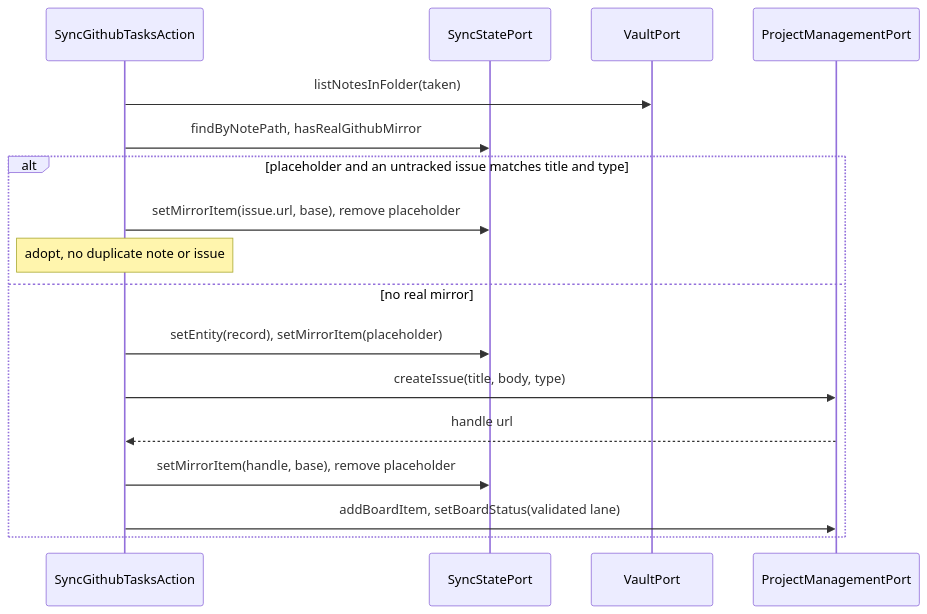
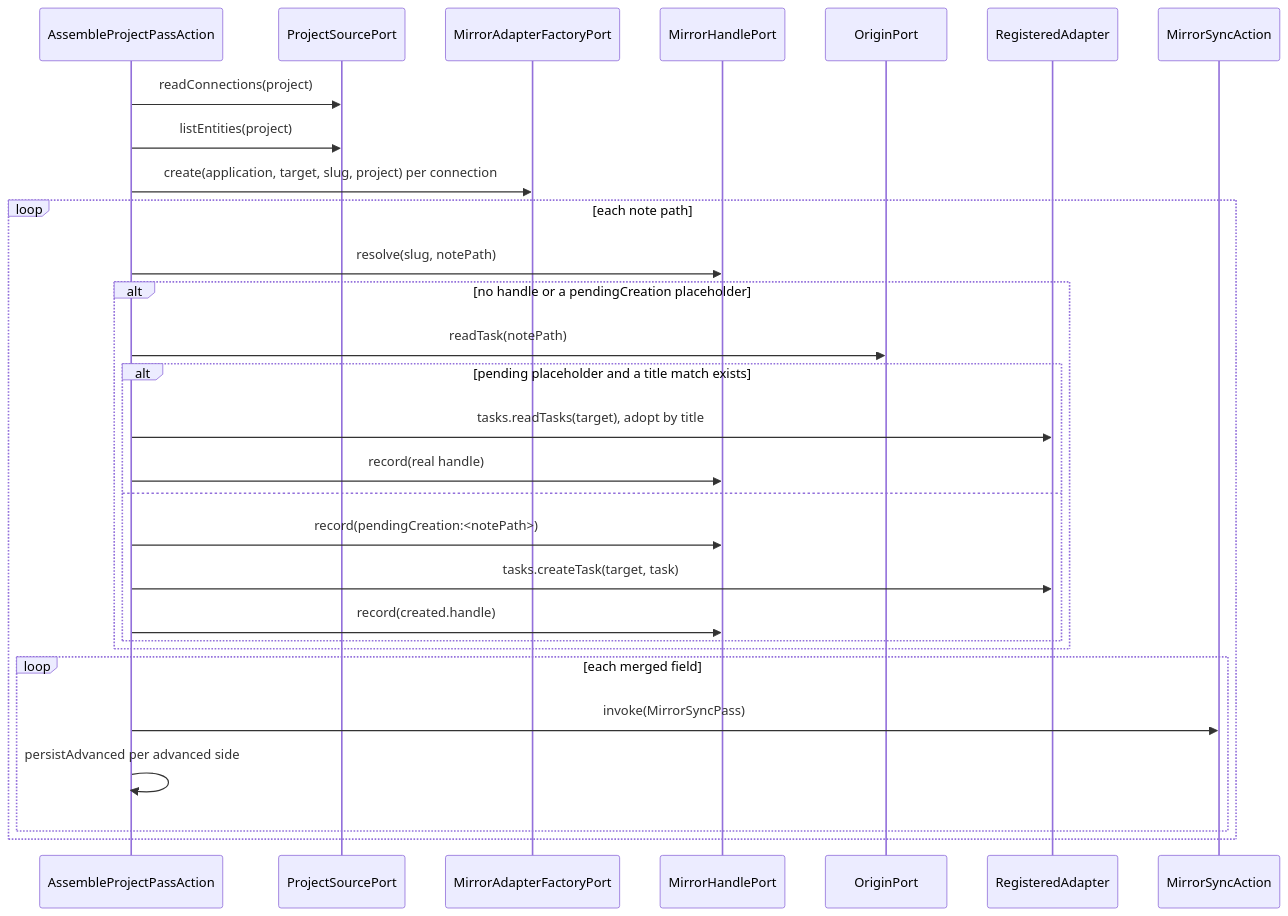
One commit to 99linesofcode/obsidian-project-management changed the sixth of 18 diagrams in docs/developer-manual.md. Above: the diagram before and after it, drawn with Mermaid. The commit also changed other lines of this file and 1 other file, not shown here.

First line of the commit message:
docs: rewrite the manual and architecture for the multi-adapter core

````diff
--- a/docs/developer-manual.md
+++ b/docs/developer-manual.md
@@ -442,20 +363,32 @@
 ```mermaid
 sequenceDiagram
-  participant GH as SyncGithubTasksAction
-  participant SS as SyncStatePort
-  participant V as VaultPort
-  participant PM as ProjectManagementPort
+  participant A as AssembleProjectPassAction
+  participant PS as ProjectSourcePort
+  participant F as MirrorAdapterFactoryPort
+  participant H as MirrorHandlePort
+  participant O as OriginPort
+  participant R as RegisteredAdapter
+  participant MS as MirrorSyncAction
 
-  GH->>V: listNotesInFolder(taken)
-  GH->>SS: findByNotePath, hasRealGithubMirror
-  alt placeholder and an untracked issue matches title and type
-    GH->>SS: setMirrorItem(issue.url, base), remove placeholder
-    Note over GH: adopt, no duplicate note or issue
-  else no real mirror
-    GH->>SS: setEntity(record), setMirrorItem(placeholder)
-    GH->>PM: createIssue(title, body, type)
-    PM-->>GH: handle url
-    GH->>SS: setMirrorItem(handle, base), remove placeholder
-    GH->>PM: addBoardItem, setBoardStatus(validated lane)
+  A->>PS: readConnections(project)
+  A->>PS: listEntities(project)
+  A->>F: create(application, target, slug, project) per connection
+  loop each note path
+    A->>H: resolve(slug, notePath)
+    alt no handle or a pendingCreation placeholder
+      A->>O: readTask(notePath)
+      alt pending placeholder and a title match exists
+        A->>R: tasks.readTasks(target), adopt by title
+        A->>H: record(real handle)
+      else
+        A->>H: record(pendingCreation:<notePath>)
+        A->>R: tasks.createTask(target, task)
+        A->>H: record(created.handle)
+      end
+    end
+    loop each merged field
+      A->>MS: invoke(MirrorSyncPass)
+      A->>A: persistAdvanced per advanced side
+    end
   end
 ```
````
